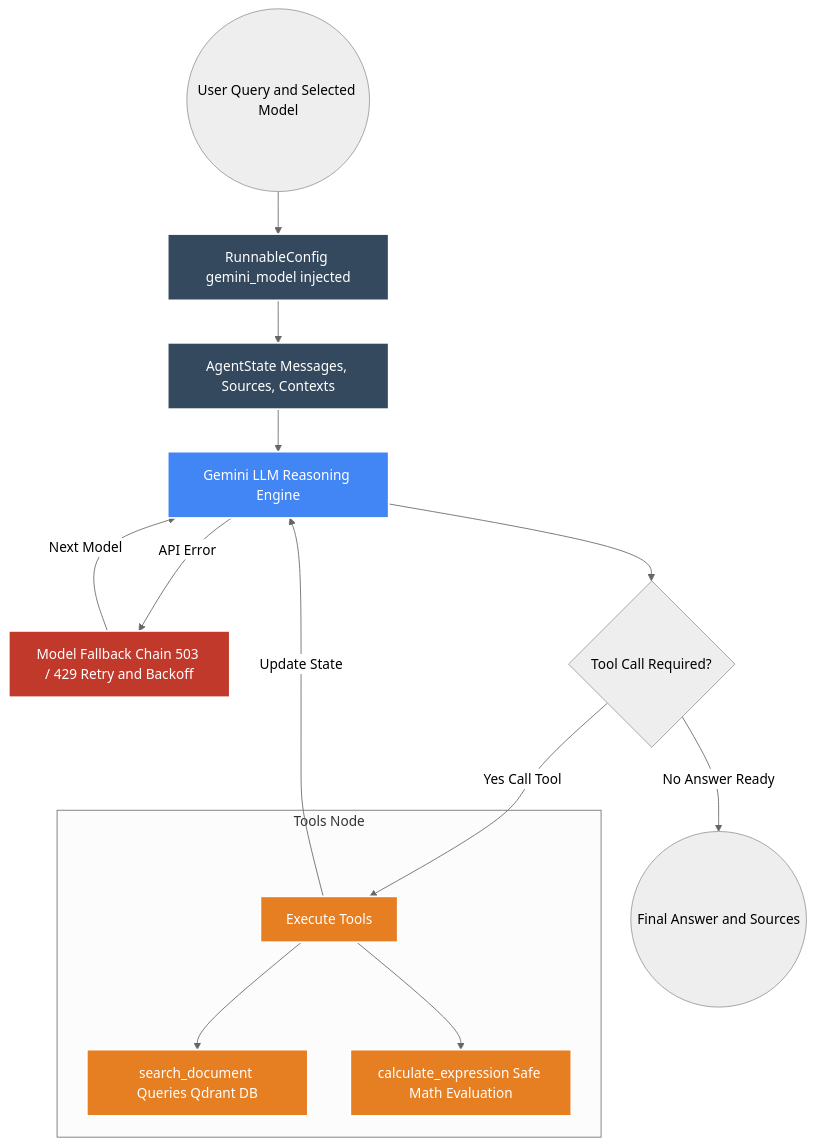
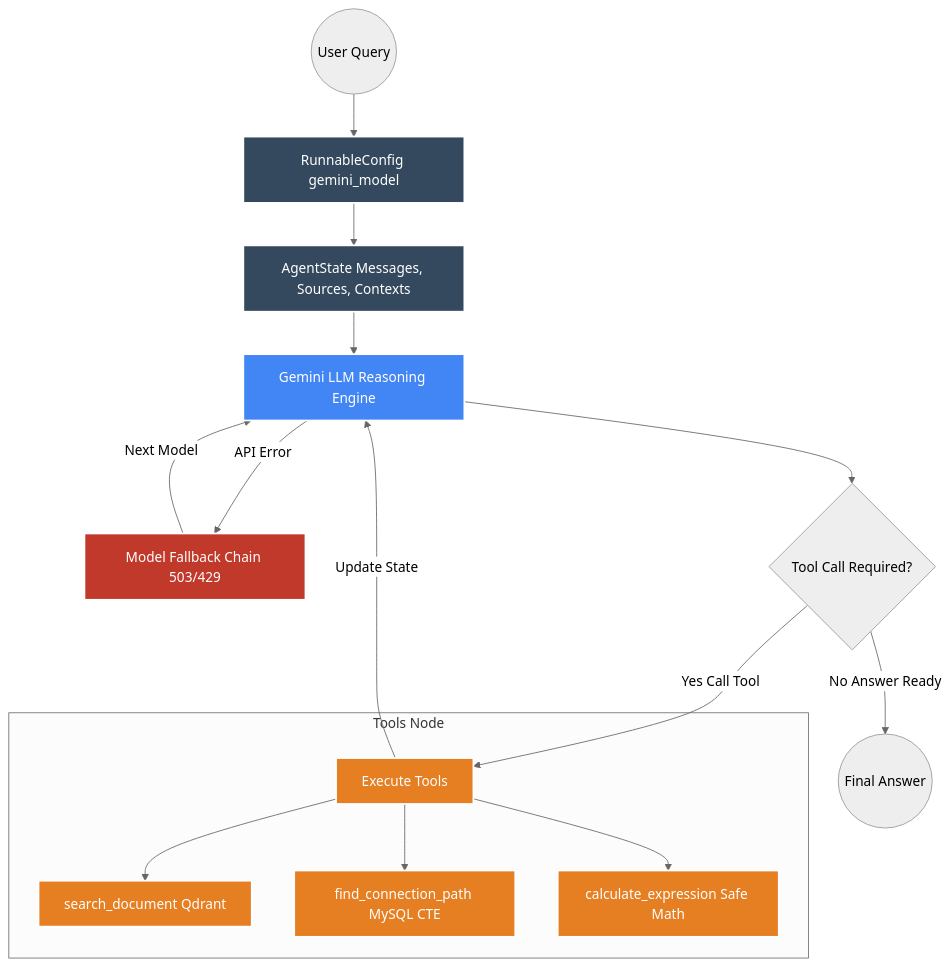
Before and after one commit to SihanUdayaratna03/Astro-AI: the second of 2 diagrams in README.md, drawn with Mermaid (neutral theme). The commit also changed other lines of this file, not shown here.

````diff
--- a/README.md
+++ b/README.md
@@ -50,34 +60,37 @@
 ```mermaid
 graph TD
     classDef state fill:#34495e,stroke:#fff,stroke-width:2px,color:#fff
     classDef model fill:#4285f4,stroke:#fff,stroke-width:2px,color:#fff
     classDef tools fill:#e67e22,stroke:#fff,stroke-width:2px,color:#fff
     classDef fallback fill:#c0392b,stroke:#fff,stroke-width:2px,color:#fff
 
-    Start((User Query and Selected Model))
+    Start((User Query))
     State[AgentState Messages, Sources, Contexts]:::state
-    Config[RunnableConfig gemini_model injected]:::state
+    Config[RunnableConfig gemini_model]:::state
     LLM[Gemini LLM Reasoning Engine]:::model
-    Fallback[Model Fallback Chain 503 / 429 Retry and Backoff]:::fallback
+    Fallback[Model Fallback Chain 503/429]:::fallback
     ShouldContinue{Tool Call Required?}
 
     subgraph Tools Node
         ToolNode[Execute Tools]:::tools
-        Search[search_document Queries Qdrant DB]:::tools
-        Calc[calculate_expression Safe Math Evaluation]:::tools
+        Search[search_document Qdrant]:::tools
+        MultiHop[find_connection_path MySQL CTE]:::tools
+        Calc[calculate_expression Safe Math]:::tools
+        
         ToolNode --> Search
+        ToolNode --> MultiHop
         ToolNode --> Calc
     end
 
-    End((Final Answer and Sources))
+    End((Final Answer))
 
     Start --> Config
     Config --> State
     State --> LLM
     LLM -- "API Error" --> Fallback
     Fallback -- "Next Model" --> LLM
     LLM --> ShouldContinue
     ShouldContinue -- "Yes Call Tool" --> ToolNode
     ToolNode -- "Update State" --> LLM
     ShouldContinue -- "No Answer Ready" --> End
 ```
````
